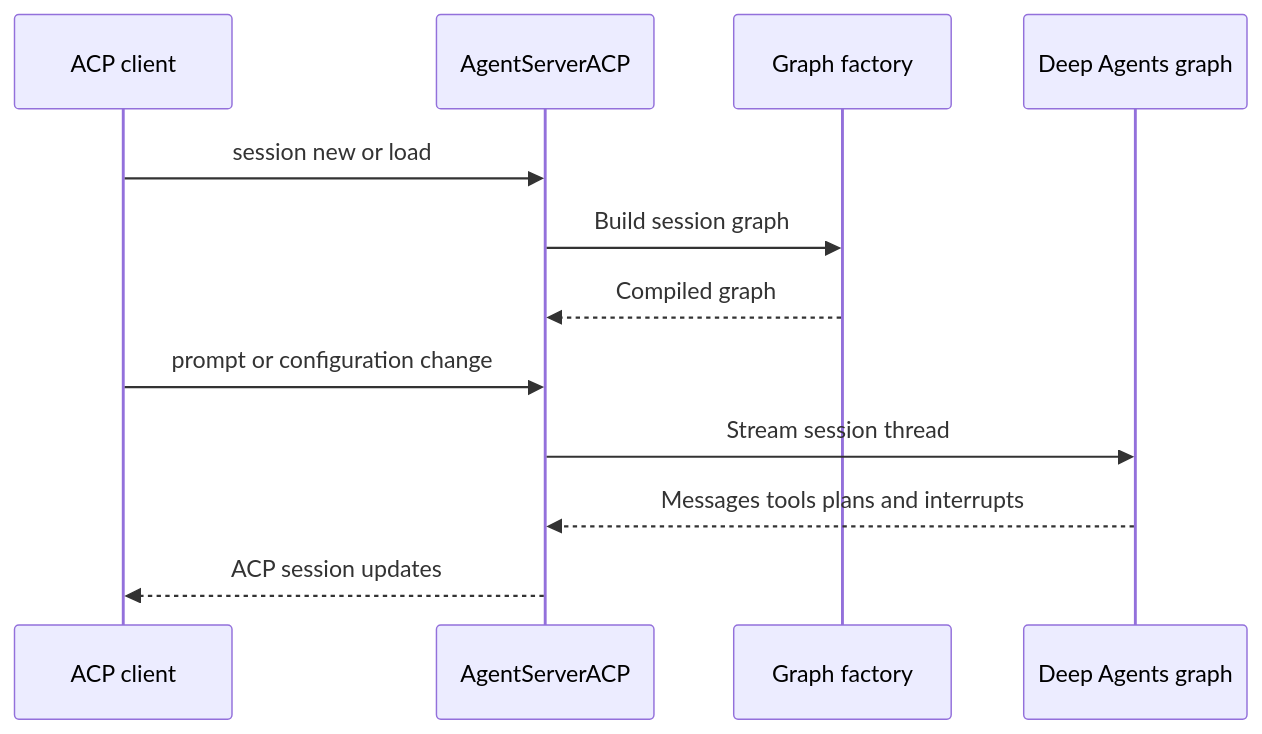
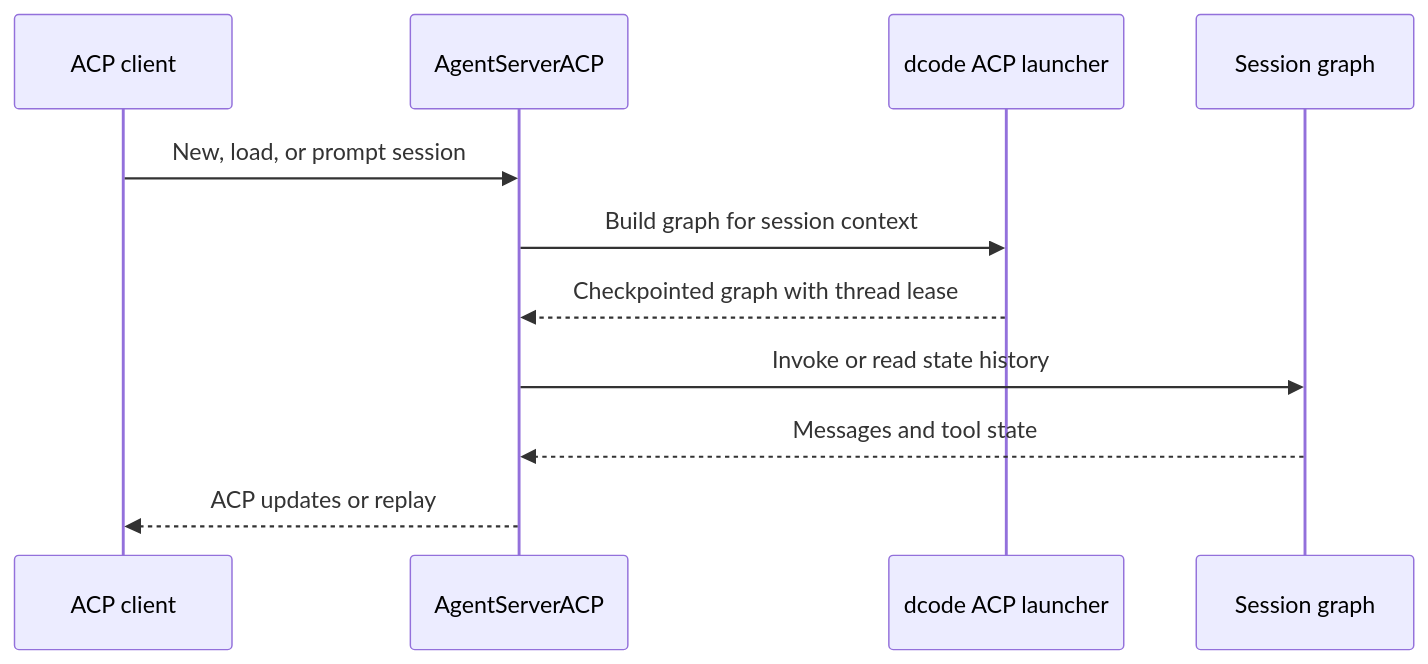
Before and after one commit to langchain-ai/deepagents: the third of 4 diagrams in openwiki/architecture/source-map.md, drawn with Mermaid. The commit also changed other lines of this file and 69 other files, not shown here.

````diff
--- a/openwiki/architecture/source-map.md
+++ b/openwiki/architecture/source-map.md
@@ -103,14 +103,13 @@
 ```mermaid
 sequenceDiagram
   participant Client as ACP client
   participant Server as AgentServerACP
-  participant Factory as Graph factory
-  participant Graph as Deep Agents graph
-  Client->>Server: session new or load
-  Server->>Factory: Build session graph
-  Factory-->>Server: Compiled graph
-  Client->>Server: prompt or configuration change
-  Server->>Graph: Stream session thread
-  Graph-->>Server: Messages tools plans and interrupts
-  Server-->>Client: ACP session updates
+  participant Dcode as dcode ACP launcher
+  participant Graph as Session graph
+  Client->>Server: New, load, or prompt session
+  Server->>Dcode: Build graph for session context
+  Dcode-->>Server: Checkpointed graph with thread lease
+  Server->>Graph: Invoke or read state history
+  Graph-->>Server: Messages and tool state
+  Server-->>Client: ACP updates or replay
 ```
````
